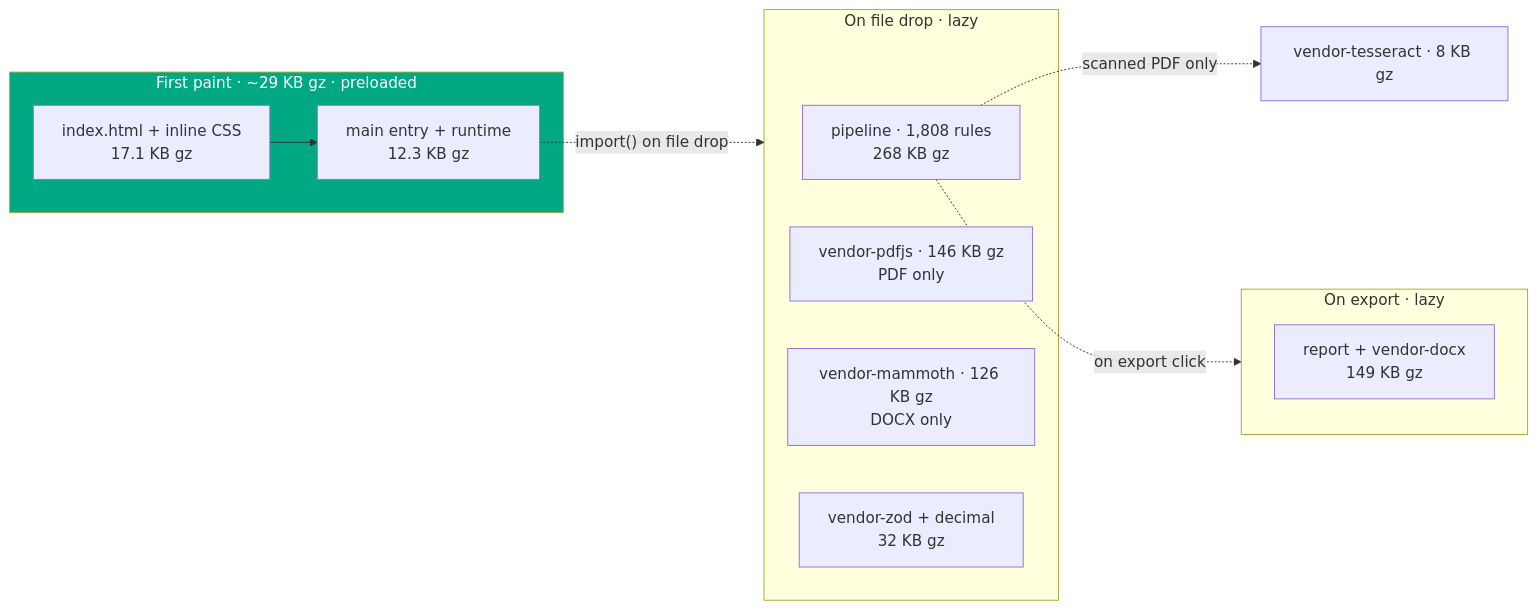
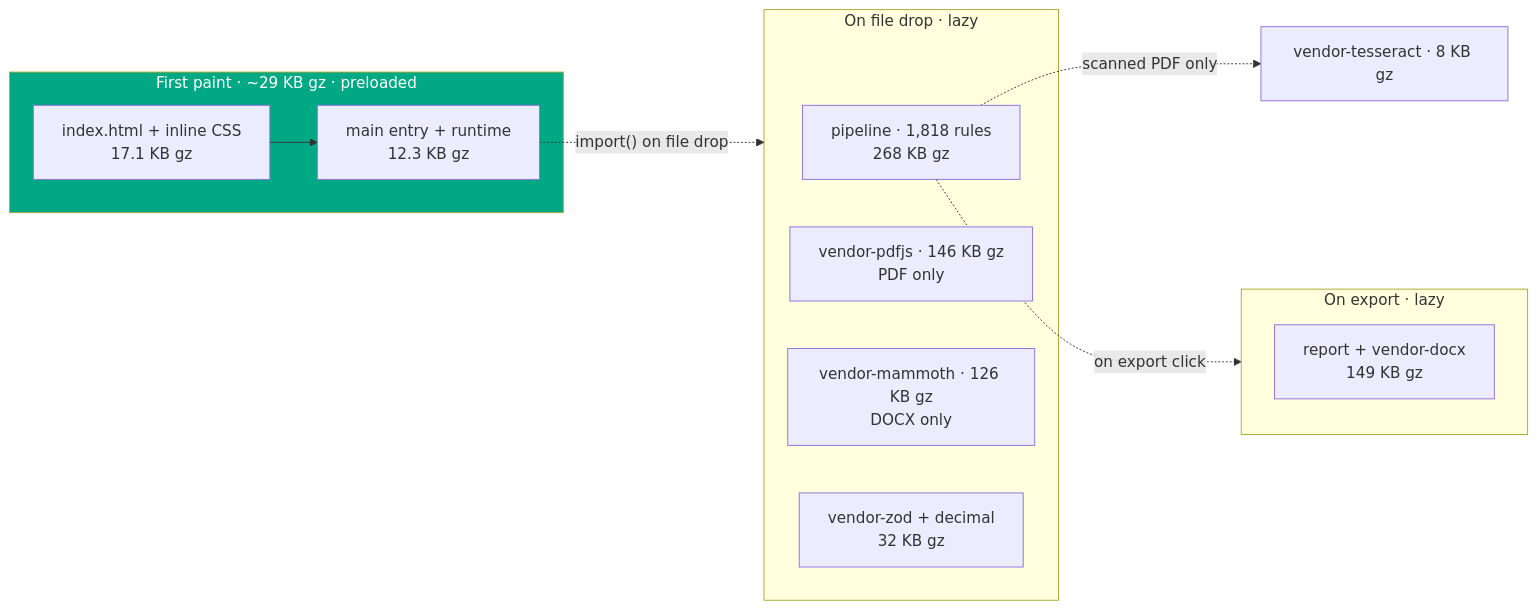
The tenth of 11 diagrams in README.md (clay-good/vaulytica), drawn with Mermaid before and after one commit. The commit also changed other lines of this file and 380 other files, not shown here.

````diff
--- a/README.md
+++ b/README.md
@@ -1275,19 +1275,19 @@
 ```mermaid
 flowchart LR
   subgraph FP["First paint · ~29 KB gz · preloaded"]
     H[index.html + inline CSS<br/>17.1 KB gz] --> M[main entry + runtime<br/>12.3 KB gz]
   end
   M -. "import() on file drop" .-> DROP
   subgraph DROP["On file drop · lazy"]
-    P[pipeline · 1,808 rules<br/>268 KB gz]
+    P[pipeline · 1,818 rules<br/>268 KB gz]
     PDF[vendor-pdfjs · 146 KB gz<br/>PDF only]
     DOCXIN[vendor-mammoth · 126 KB gz<br/>DOCX only]
     Z[vendor-zod + decimal<br/>32 KB gz]
   end
   P -. "on export click" .-> EXP
   subgraph EXP["On export · lazy"]
     RPT[report + vendor-docx<br/>149 KB gz]
   end
   P -. "scanned PDF only" .-> OCR[vendor-tesseract · 8 KB gz]
   style FP fill:#00A883,color:#fff
 ```
````
